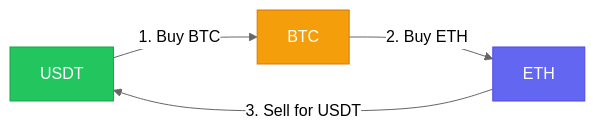
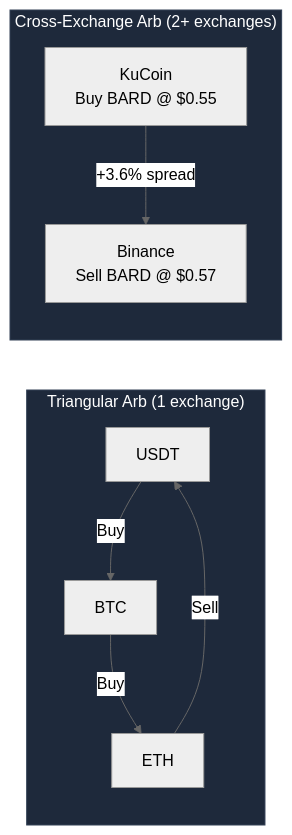
The first of 2 diagrams in README.md (Pann13223029/crypto-triangular-arbitrage), drawn with Mermaid (neutral theme) before and after one commit. The commit also changed other lines of this file and 2 other files, not shown here.

````diff
--- a/README.md
+++ b/README.md
@@ -9,10 +7,17 @@
 ```mermaid
 graph LR
-    USDT -->|"1. Buy BTC"| BTC
-    BTC -->|"2. Buy ETH"| ETH
-    ETH -->|"3. Sell for USDT"| USDT
+    subgraph SingleExchange["Triangular Arb (1 exchange)"]
+        USDT1["USDT"] -->|Buy| BTC1["BTC"]
+        BTC1 -->|Buy| ETH1["ETH"]
+        ETH1 -->|Sell| USDT1
+    end
 
-    style USDT fill:#22c55e,stroke:#16a34a,color:#fff
-    style BTC fill:#f59e0b,stroke:#d97706,color:#fff
-    style ETH fill:#6366f1,stroke:#4f46e5,color:#fff
+    subgraph CrossExchange["Cross-Exchange Arb (2+ exchanges)"]
+        KC["KuCoin<br/>Buy BARD @ $0.55"]
+        BN["Binance<br/>Sell BARD @ $0.57"]
+        KC -->|"+3.6% spread"| BN
+    end
+
+    style SingleExchange fill:#1e293b,stroke:#334155,color:#fff
+    style CrossExchange fill:#1e293b,stroke:#334155,color:#fff
 ```
````
